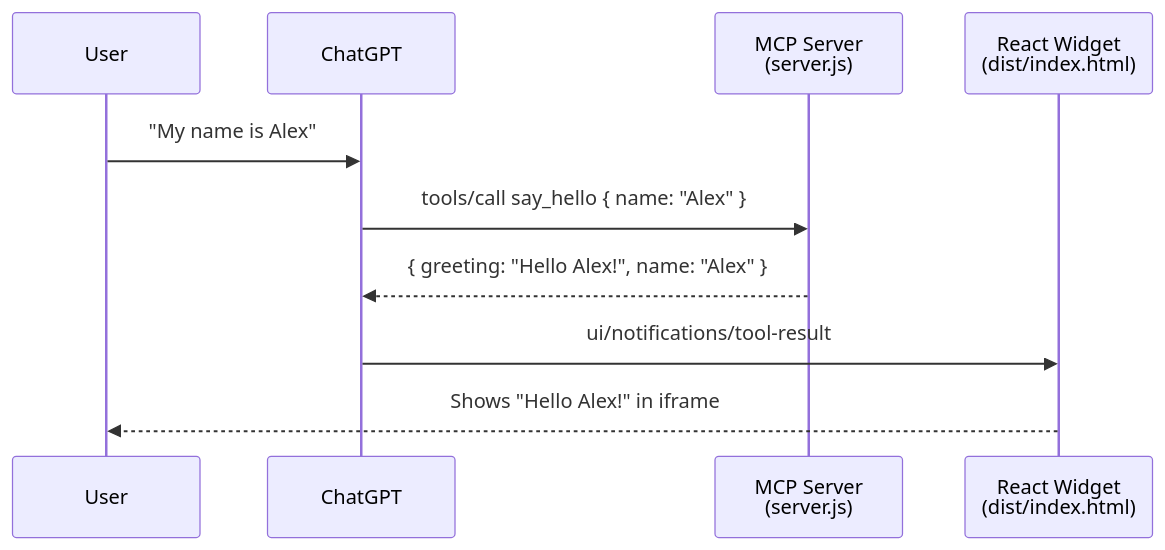
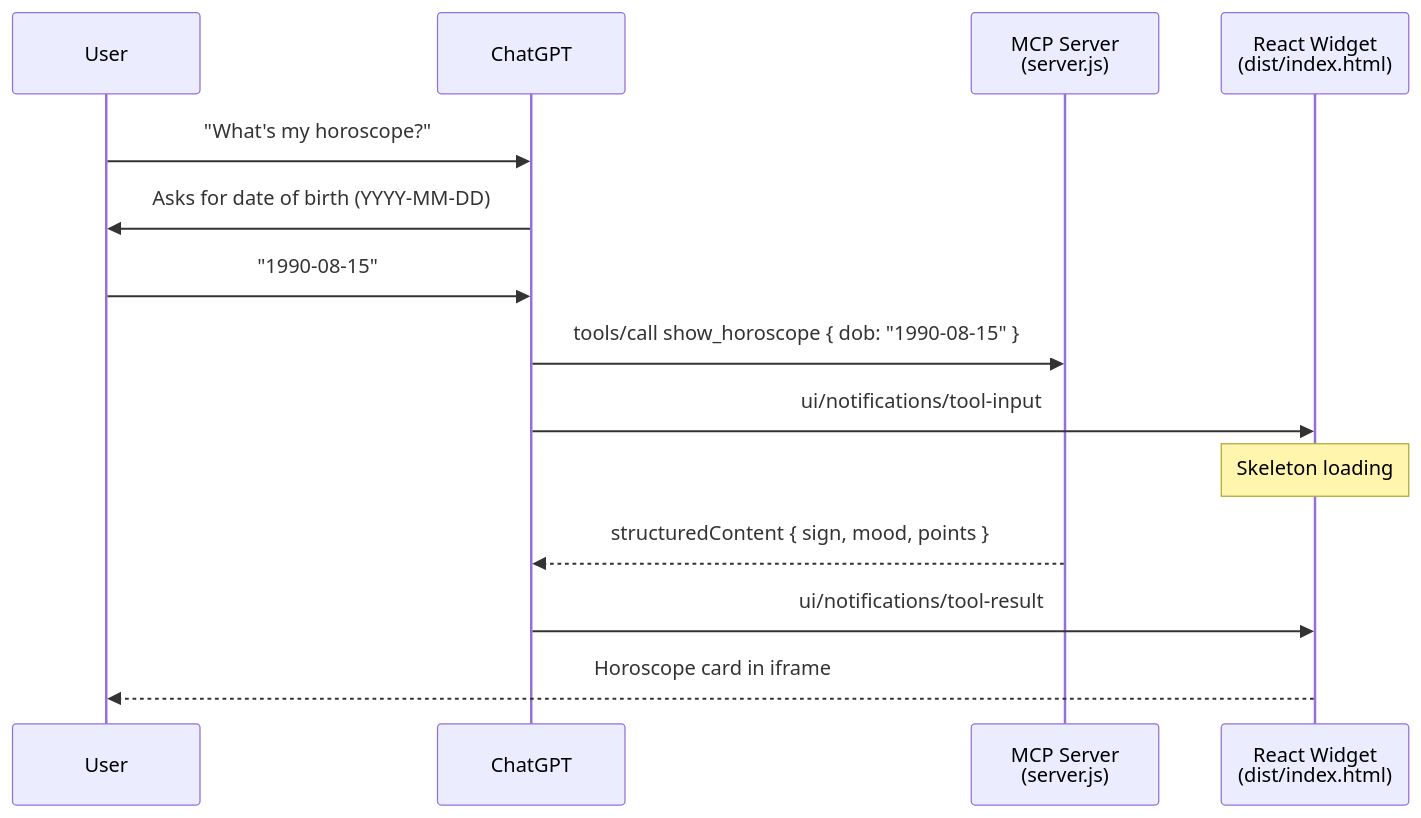
One commit to jsphkhan/chatgpt-app-demo changed the diagram in README.md. Above: the diagram before and after it, drawn with Mermaid. The commit also changed other lines of this file and 9 other files, not shown here.

````diff
--- a/README.md
+++ b/README.md
@@ -35,13 +35,17 @@
 ```mermaid
 sequenceDiagram
     participant User
     participant ChatGPT
     participant MCP as MCP Server<br/>(server.js)
     participant Widget as React Widget<br/>(dist/index.html)
 
-    User->>ChatGPT: "My name is Alex"
-    ChatGPT->>MCP: tools/call say_hello { name: "Alex" }
-    MCP-->>ChatGPT: { greeting: "Hello Alex!", name: "Alex" }
+    User->>ChatGPT: "What's my horoscope?"
+    ChatGPT->>User: Asks for date of birth (YYYY-MM-DD)
+    User->>ChatGPT: "1990-08-15"
+    ChatGPT->>MCP: tools/call show_horoscope { dob: "1990-08-15" }
+    ChatGPT->>Widget: ui/notifications/tool-input
+    Note over Widget: Skeleton loading
+    MCP-->>ChatGPT: structuredContent { sign, mood, points }
     ChatGPT->>Widget: ui/notifications/tool-result
-    Widget-->>User: Shows "Hello Alex!" in iframe
+    Widget-->>User: Horoscope card in iframe
 ```
````
